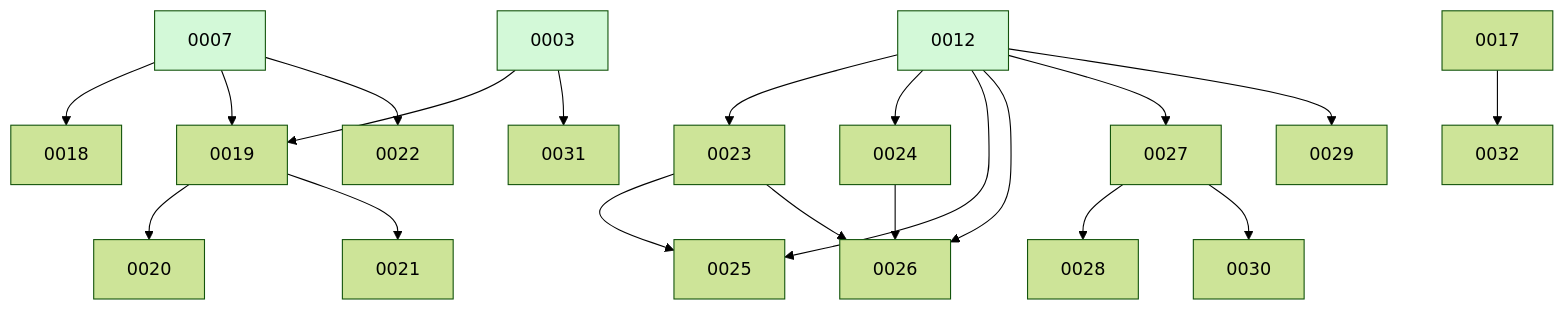
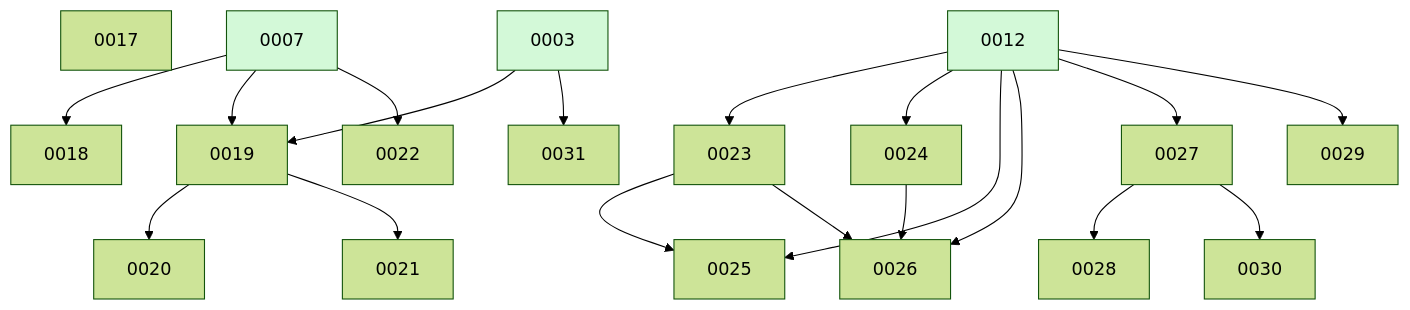
The diagram in docs/changes/BOARD.md (ethanhinson/fuse), drawn with Mermaid (forest theme) before and after one commit. The commit also changed other lines of this file, not shown here.

````diff
--- a/docs/changes/BOARD.md
+++ b/docs/changes/BOARD.md
@@ -31,27 +30,26 @@
 ```mermaid
 graph TD
   0017
   0007 --> 0018
   0003 --> 0019
   0007 --> 0019
   0019 --> 0020
   0019 --> 0021
   0007 --> 0022
   0012 --> 0023
   0012 --> 0024
   0012 --> 0025
   0023 --> 0025
   0012 --> 0026
   0023 --> 0026
   0024 --> 0026
   0012 --> 0027
   0027 --> 0028
   0012 --> 0029
   0027 --> 0030
   0003 --> 0031
-  0017 --> 0032
   0003:::done
   0007:::done
   0012:::done
   classDef done fill:#d3f9d8;
 ```
````
